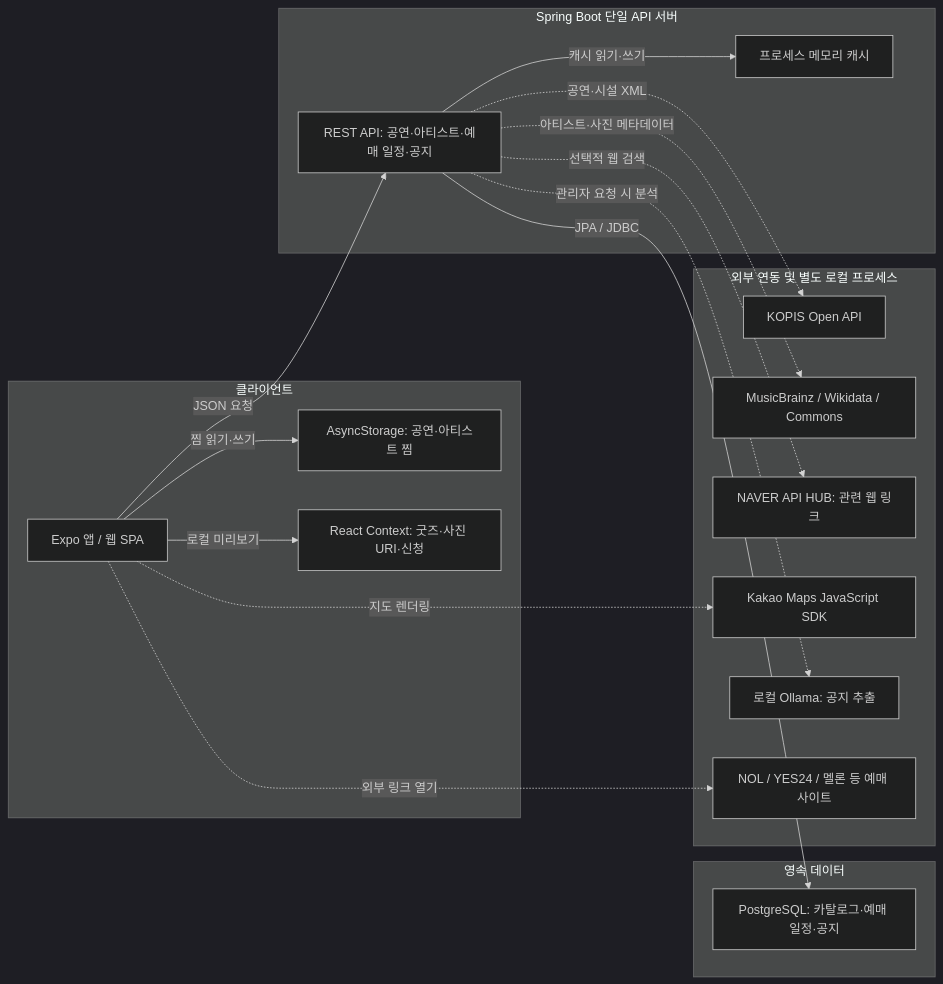
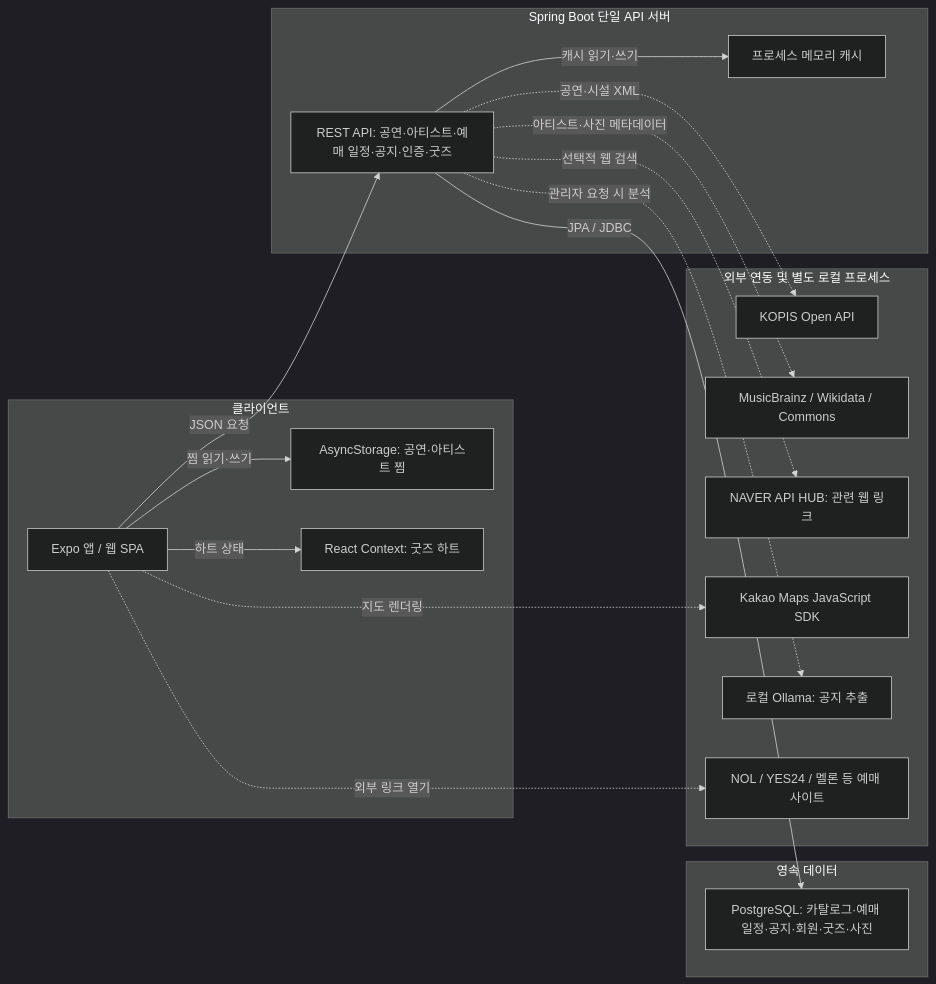
The diagram in docs/architecture.md (leedahye2001/stage-pin), drawn with Mermaid (dark theme) before and after one commit. The commit also changed other lines of this file and 6 other files, not shown here.

````diff
--- a/docs/architecture.md
+++ b/docs/architecture.md
@@ -29,34 +30,34 @@
 ```mermaid
 flowchart LR
     subgraph client["클라이언트"]
         expoApp["Expo 앱 / 웹 SPA"]
         favorites["AsyncStorage: 공연·아티스트 찜"]
-        goodsMemory["React Context: 굿즈·사진 URI·신청"]
+        goodsMemory["React Context: 굿즈 하트"]
     end
     subgraph service["Spring Boot 단일 API 서버"]
-        api["REST API: 공연·아티스트·예매 일정·공지"]
+        api["REST API: 공연·아티스트·예매 일정·공지·인증·굿즈"]
         localCache["프로세스 메모리 캐시"]
     end
     subgraph datastore["영속 데이터"]
-        postgres["PostgreSQL: 카탈로그·예매 일정·공지"]
+        postgres["PostgreSQL: 카탈로그·예매 일정·공지·회원·굿즈·사진"]
     end
     subgraph external["외부 연동 및 별도 로컬 프로세스"]
         kopis["KOPIS Open API"]
         artistSources["MusicBrainz / Wikidata / Commons"]
         naver["NAVER API HUB: 관련 웹 링크"]
         kakao["Kakao Maps JavaScript SDK"]
         ollama["로컬 Ollama: 공지 추출"]
         vendors["NOL / YES24 / 멜론 등 예매 사이트"]
     end
     expoApp -->|"JSON 요청"| api
     expoApp -->|"찜 읽기·쓰기"| favorites
-    expoApp -->|"로컬 미리보기"| goodsMemory
+    expoApp -->|"하트 상태"| goodsMemory
     api -->|"캐시 읽기·쓰기"| localCache
     api -->|"JPA / JDBC"| postgres
     api -.->|"공연·시설 XML"| kopis
     api -.->|"아티스트·사진 메타데이터"| artistSources
     api -.->|"선택적 웹 검색"| naver
     api -.->|"관리자 요청 시 분석"| ollama
     expoApp -.->|"지도 렌더링"| kakao
     expoApp -.->|"외부 링크 열기"| vendors
 ```
````
